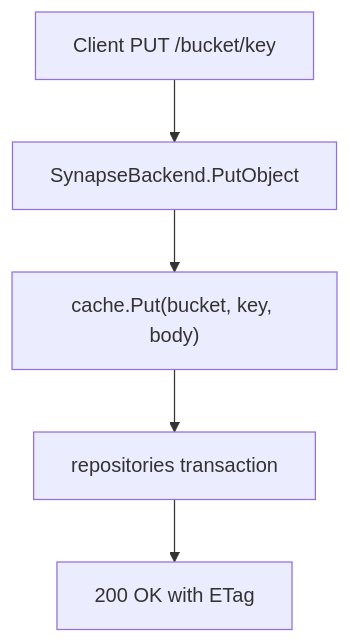
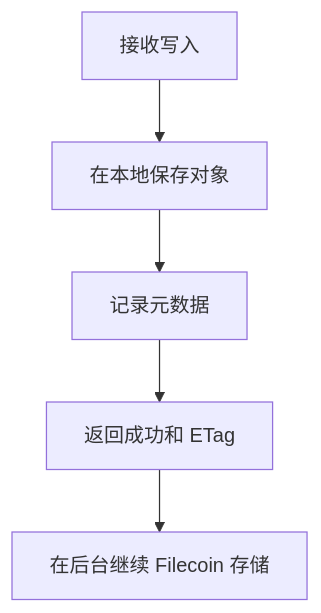
Before and after one commit to strahe/SynapS3: the diagram in docs/zh/concepts/write-path-cache.md, drawn with Mermaid. The commit also changed other lines of this file and 37 other files, not shown here.

````diff
--- a/docs/zh/concepts/write-path-cache.md
+++ b/docs/zh/concepts/write-path-cache.md
@@ -12,7 +12,7 @@
 ```mermaid
 flowchart TD
-  request["Client PUT /bucket/key"] --> backend["SynapseBackend.PutObject"]
-  backend --> cache["cache.Put(bucket, key, body)"]
-  cache --> tx["repositories transaction"]
-  tx --> response["200 OK with ETag"]
+  request["接收写入"] --> save["在本地保存对象"]
+  save --> metadata["记录元数据"]
+  metadata --> response["返回成功和 ETag"]
+  response --> storage["在后台继续 Filecoin 存储"]
 ```
````
